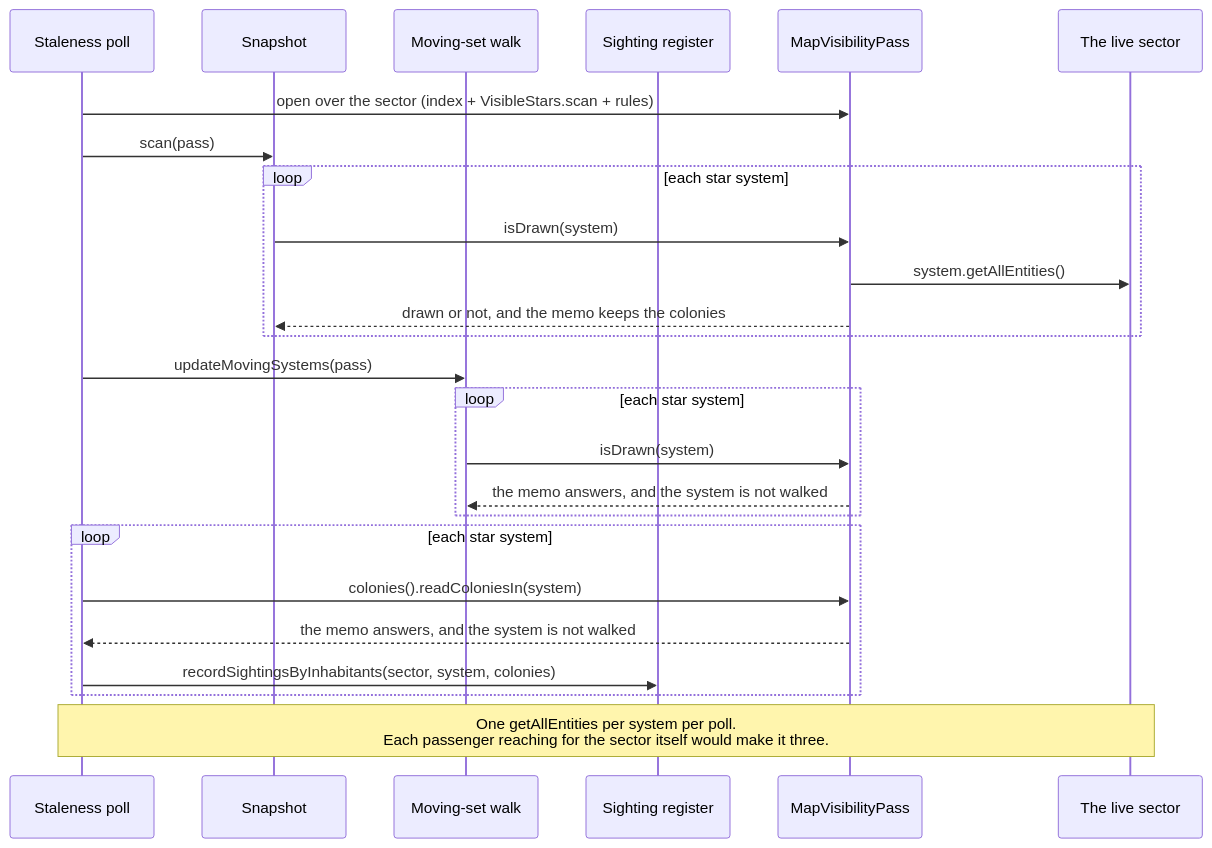
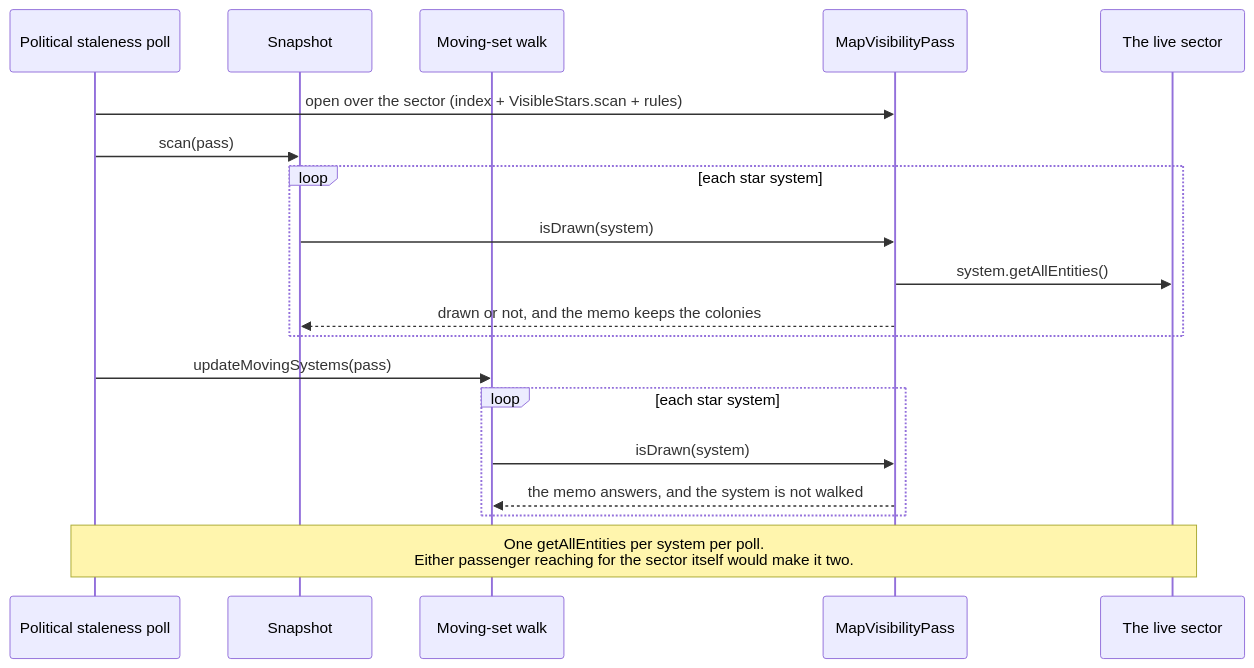
The first of 2 diagrams in docs/dev/caching.md (Klark-Morrigan/Starsector-Mod-KMU), drawn with Mermaid before and after one commit. The commit also changed other lines of this file and 18 other files, not shown here.

````diff
--- a/docs/dev/caching.md
+++ b/docs/dev/caching.md
@@ -104,32 +107,25 @@
 ```mermaid
 sequenceDiagram
-    participant Poll as Staleness poll
+    participant Poll as Political staleness poll
     participant Snapshot
     participant Motion as Moving-set walk
-    participant Register as Sighting register
     participant Pass as MapVisibilityPass
     participant Sector as The live sector
 
     Poll->>Pass: open over the sector (index + VisibleStars.scan + rules)
 
     Poll->>Snapshot: scan(pass)
     loop each star system
         Snapshot->>Pass: isDrawn(system)
         Pass->>Sector: system.getAllEntities()
         Pass-->>Snapshot: drawn or not, and the memo keeps the colonies
     end
 
     Poll->>Motion: updateMovingSystems(pass)
     loop each star system
         Motion->>Pass: isDrawn(system)
         Pass-->>Motion: the memo answers, and the system is not walked
     end
 
-    loop each star system
-        Poll->>Pass: colonies().readColoniesIn(system)
-        Pass-->>Poll: the memo answers, and the system is not walked
-        Poll->>Register: recordSightingsByInhabitants(sector, system, colonies)
-    end
-
-    Note over Poll,Sector: One getAllEntities per system per poll.<br/>Each passenger reaching for the sector itself would make it three.
+    Note over Poll,Sector: One getAllEntities per system per poll.<br/>Either passenger reaching for the sector itself would make it two.
 ```
````
